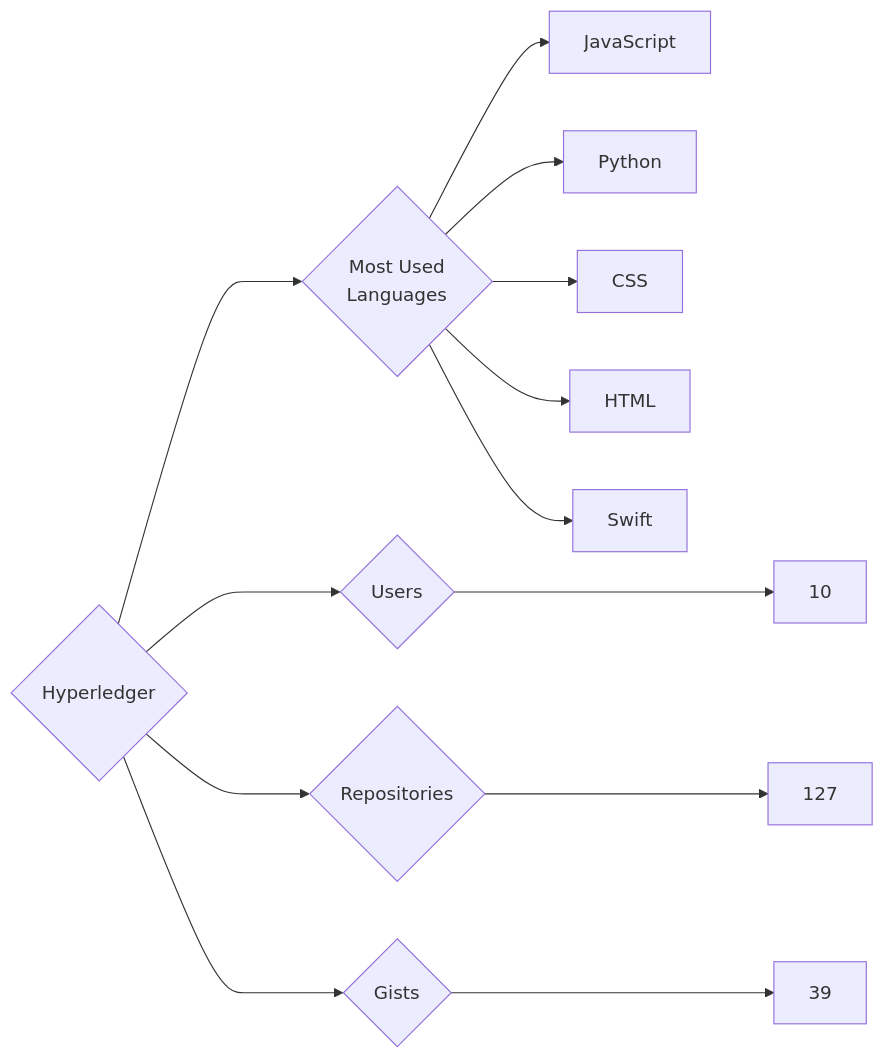
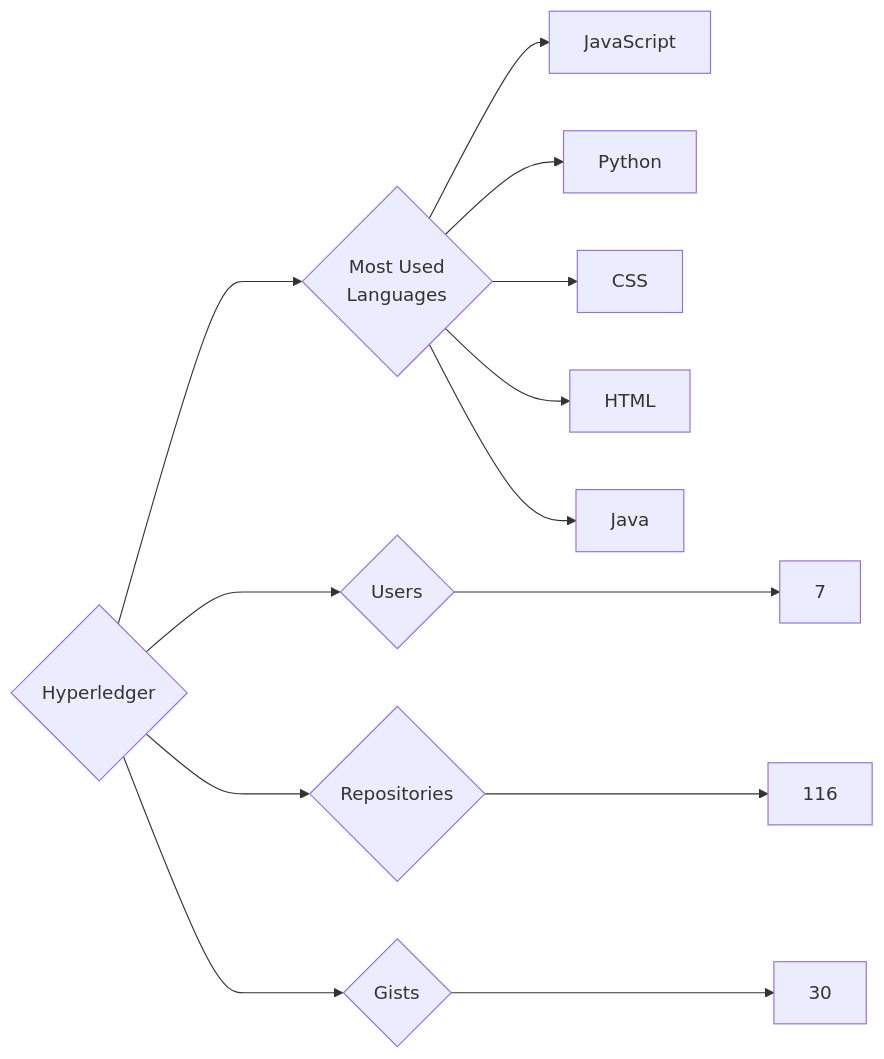
Before and after one commit to trickest/insiders: the diagram in targets/Hyperledger/README.md, drawn with Mermaid. The commit also changed 1023 other files, not shown here.

````diff
--- a/targets/Hyperledger/README.md
+++ b/targets/Hyperledger/README.md
@@ -3,13 +3,13 @@
 ```mermaid
 graph LR
 COMPANY_NAME{Hyperledger}
-COMPANY_NAME ---> U{Users} ---> UN[10]
-COMPANY_NAME ---> R{Repositories} ---> RN[127]
-COMPANY_NAME ---> G{Gists} ---> GN[39]
+COMPANY_NAME ---> U{Users} ---> UN[7]
+COMPANY_NAME ---> R{Repositories} ---> RN[116]
+COMPANY_NAME ---> G{Gists} ---> GN[30]
 COMPANY_NAME ---> ML{Most Used<br>Languages}
 ML --> JavaScript[JavaScript]
 ML --> Python[Python]
 ML --> CSS[CSS]
 ML --> HTML[HTML]
-ML --> Swift[Swift]
+ML --> Java[Java]
 ```
````
